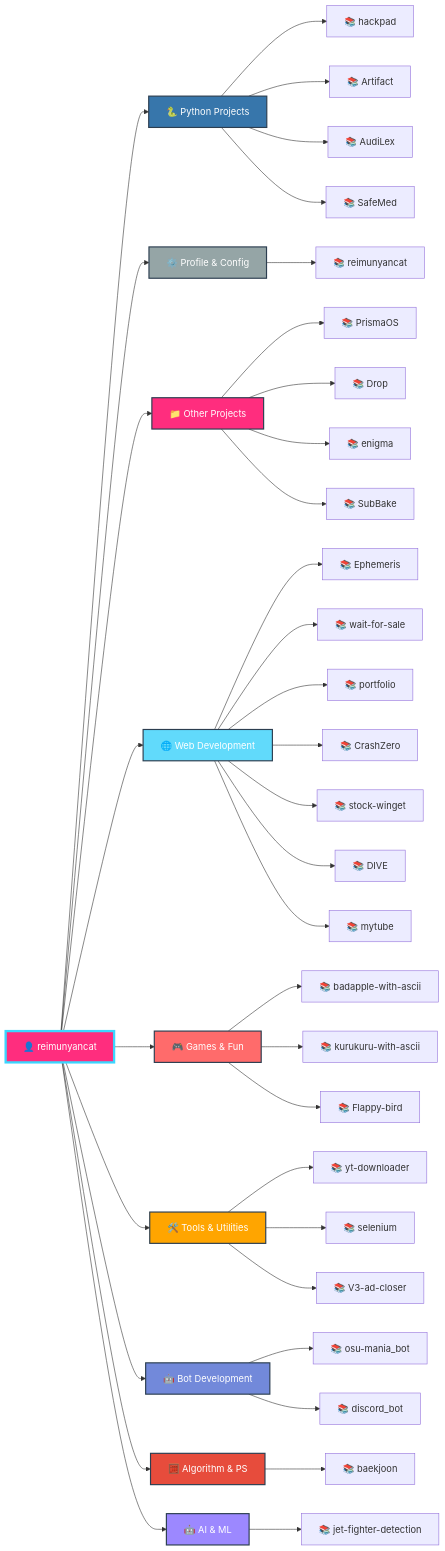
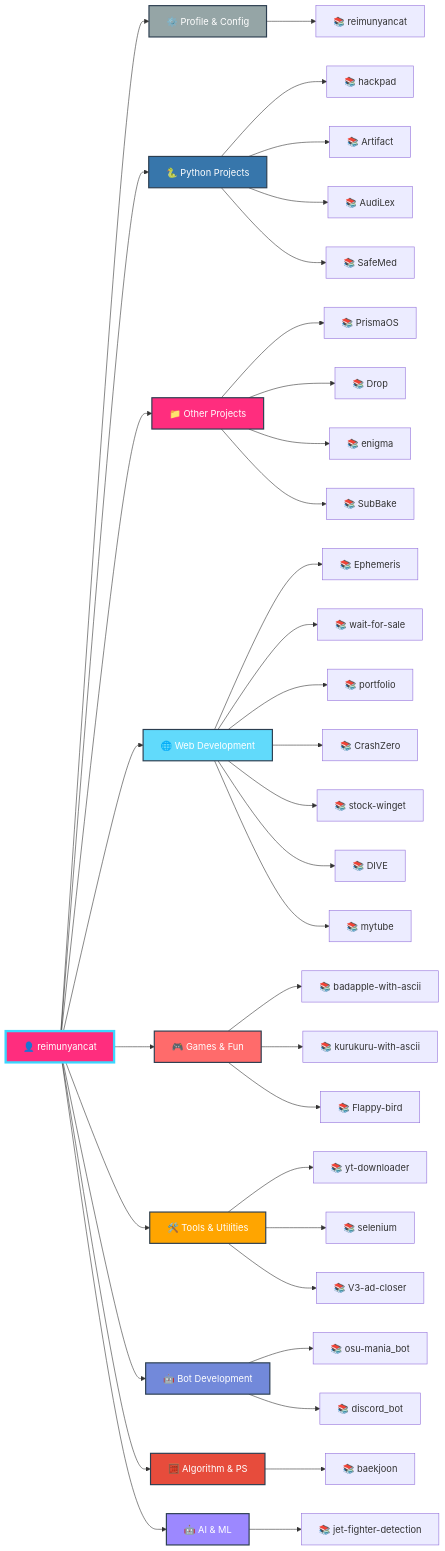
One commit to reimunyancat/reimunyancat changed the diagram in README.md. Above: the diagram before and after it, drawn with Mermaid.

````diff
--- a/README.md
+++ b/README.md
@@ -159,59 +159,59 @@
 ```mermaid
 graph LR
   A[👤 reimunyancat]
 
-  A --> CAT0[🐍 Python Projects]
-  CAT0 --> CAT0_0[📚 hackpad]
-  CAT0 --> CAT0_1[📚 Artifact]
-  CAT0 --> CAT0_2[📚 AudiLex]
-  CAT0 --> CAT0_3[📚 SafeMed]
+  A --> CAT0[⚙️ Profile & Config]
+  CAT0 --> CAT0_0[📚 reimunyancat]
 
-  A --> CAT1[⚙️ Profile & Config]
-  CAT1 --> CAT1_0[📚 reimunyancat]
+  A --> CAT1[🐍 Python Projects]
+  CAT1 --> CAT1_0[📚 hackpad]
+  CAT1 --> CAT1_1[📚 Artifact]
+  CAT1 --> CAT1_2[📚 AudiLex]
+  CAT1 --> CAT1_3[📚 SafeMed]
 
   A --> CAT2[📁 Other Projects]
   CAT2 --> CAT2_0[📚 PrismaOS]
   CAT2 --> CAT2_1[📚 Drop]
   CAT2 --> CAT2_2[📚 enigma]
   CAT2 --> CAT2_3[📚 SubBake]
 
   A --> CAT3[🌐 Web Development]
   CAT3 --> CAT3_0[📚 Ephemeris]
   CAT3 --> CAT3_1[📚 wait-for-sale]
   CAT3 --> CAT3_2[📚 portfolio]
   CAT3 --> CAT3_3[📚 CrashZero]
   CAT3 --> CAT3_4[📚 stock-winget]
   CAT3 --> CAT3_5[📚 DIVE]
   CAT3 --> CAT3_6[📚 mytube]
 
   A --> CAT4[🎮 Games & Fun]
   CAT4 --> CAT4_0[📚 badapple-with-ascii]
   CAT4 --> CAT4_1[📚 kurukuru-with-ascii]
   CAT4 --> CAT4_2[📚 Flappy-bird]
 
   A --> CAT5[🛠️ Tools & Utilities]
   CAT5 --> CAT5_0[📚 yt-downloader]
   CAT5 --> CAT5_1[📚 selenium]
   CAT5 --> CAT5_2[📚 V3-ad-closer]
 
   A --> CAT6[🤖 Bot Development]
   CAT6 --> CAT6_0[📚 osu-mania_bot]
   CAT6 --> CAT6_1[📚 discord_bot]
 
   A --> CAT7[🧮 Algorithm & PS]
   CAT7 --> CAT7_0[📚 baekjoon]
 
   A --> CAT8[🤖 AI & ML]
   CAT8 --> CAT8_0[📚 jet-fighter-detection]
 
   style A fill:#FF2D7E,stroke:#3BD6FF,stroke-width:4px,color:#fff
-  style CAT0 fill:#3776ab,stroke:#2c3e50,stroke-width:2px,color:#fff
-  style CAT1 fill:#95a5a6,stroke:#2c3e50,stroke-width:2px,color:#fff
+  style CAT0 fill:#95a5a6,stroke:#2c3e50,stroke-width:2px,color:#fff
+  style CAT1 fill:#3776ab,stroke:#2c3e50,stroke-width:2px,color:#fff
   style CAT2 fill:#FF2D7E,stroke:#2c3e50,stroke-width:2px,color:#fff
   style CAT3 fill:#61dafb,stroke:#2c3e50,stroke-width:2px,color:#fff
   style CAT4 fill:#ff6b6b,stroke:#2c3e50,stroke-width:2px,color:#fff
   style CAT5 fill:#ffa500,stroke:#2c3e50,stroke-width:2px,color:#fff
   style CAT6 fill:#7289da,stroke:#2c3e50,stroke-width:2px,color:#fff
   style CAT7 fill:#e74c3c,stroke:#2c3e50,stroke-width:2px,color:#fff
   style CAT8 fill:#9c88ff,stroke:#2c3e50,stroke-width:2px,color:#fff
 ```
````
